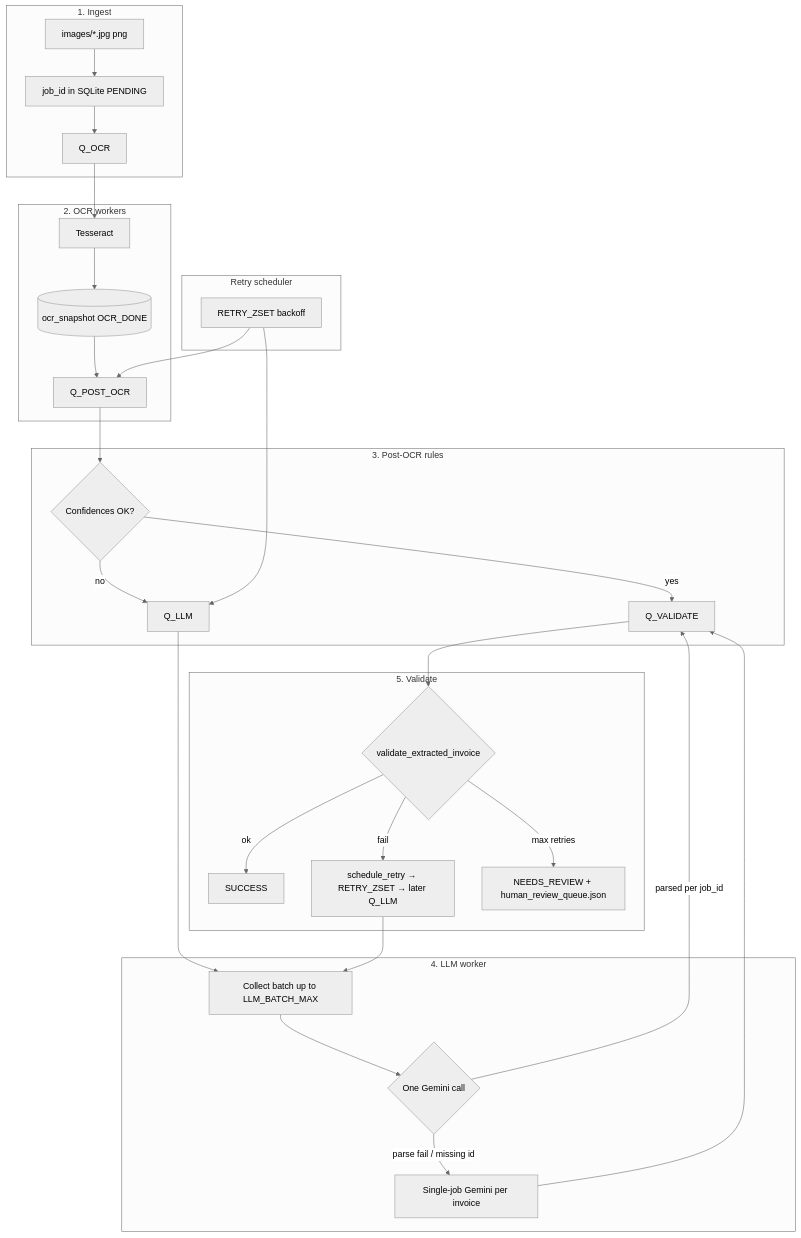
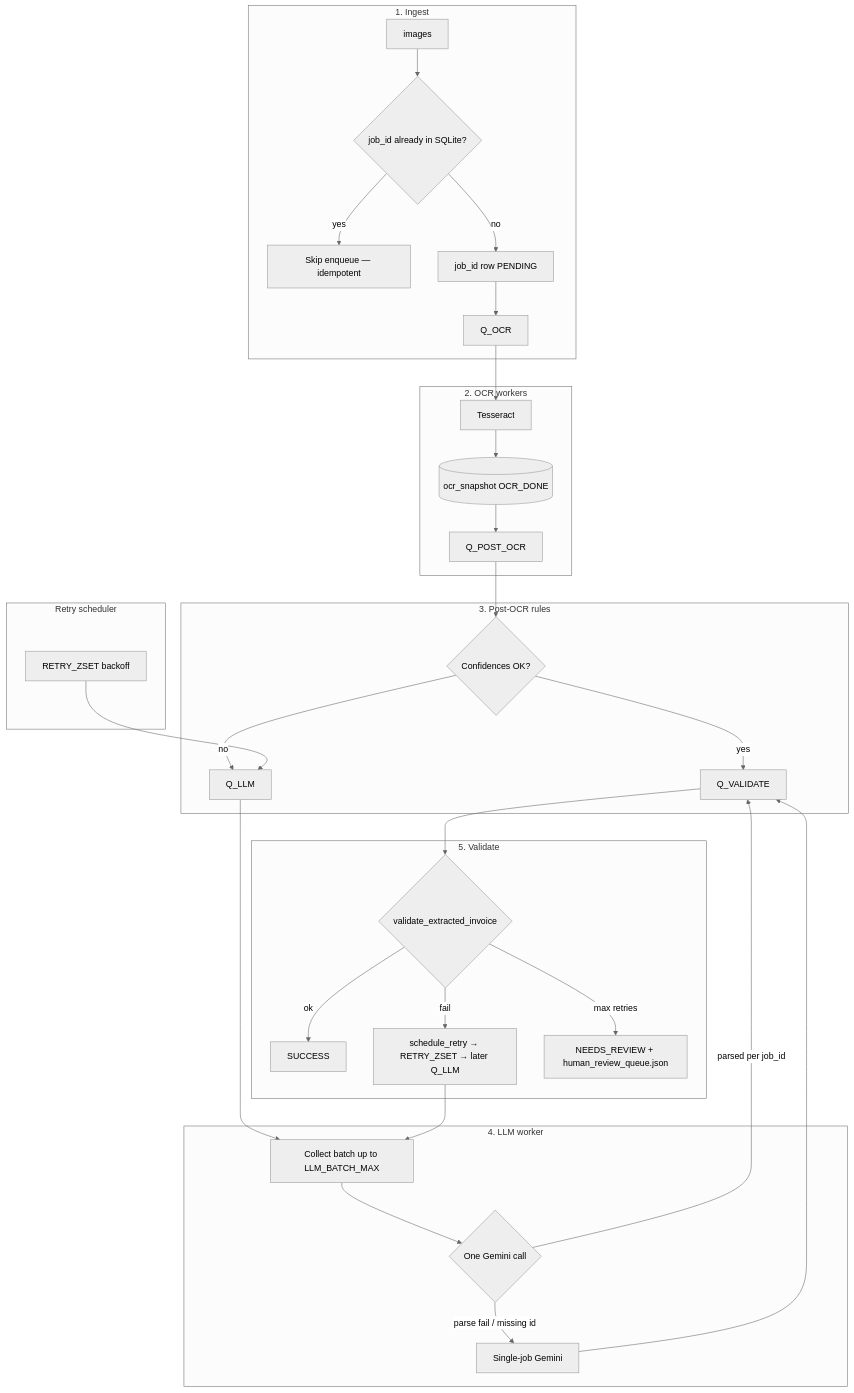
Before and after one commit to 01akhil/invoice-info-extractor: the diagram in README.md, drawn with Mermaid (neutral theme). The commit also changed other lines of this file, not shown here.

````diff
--- a/README.md
+++ b/README.md
@@ -133,41 +192,42 @@
 ```mermaid
 flowchart TB
   subgraph ingest [1. Ingest]
-    F[images/*.jpg png]
-    F --> ID[job_id in SQLite PENDING]
+    F[images]
+    F --> DUP{job_id already in SQLite?}
+    DUP -->|yes| SKIP[Skip enqueue — idempotent]
+    DUP -->|no| ID[job_id row PENDING]
     ID --> QO[Q_OCR]
   end
 
   subgraph ocr [2. OCR workers]
     QO --> TESS[Tesseract]
     TESS --> DB1[(ocr_snapshot OCR_DONE)]
     DB1 --> QP[Q_POST_OCR]
   end
 
   subgraph rules [3. Post-OCR rules]
     QP --> R{Confidences OK?}
     R -->|yes| QV[Q_VALIDATE]
     R -->|no| QL[Q_LLM]
   end
 
   subgraph llm [4. LLM worker]
     QL --> COL[Collect batch up to LLM_BATCH_MAX]
     COL --> GEM{One Gemini call}
     GEM -->|parsed per job_id| QV
-    GEM -->|parse fail / missing id| ONE[Single-job Gemini per invoice]
+    GEM -->|parse fail / missing id| ONE[Single-job Gemini]
     ONE --> QV
   end
 
   subgraph val [5. Validate]
     QV --> V{validate_extracted_invoice}
     V -->|ok| OK[SUCCESS]
     V -->|fail| RETRY[schedule_retry → RETRY_ZSET → later Q_LLM]
     RETRY --> COL
     V -->|max retries| HR[NEEDS_REVIEW + human_review_queue.json]
   end
 
   subgraph sched [Retry scheduler]
     Z[RETRY_ZSET backoff] --> QL
-    Z --> QP
   end
 ```
````
